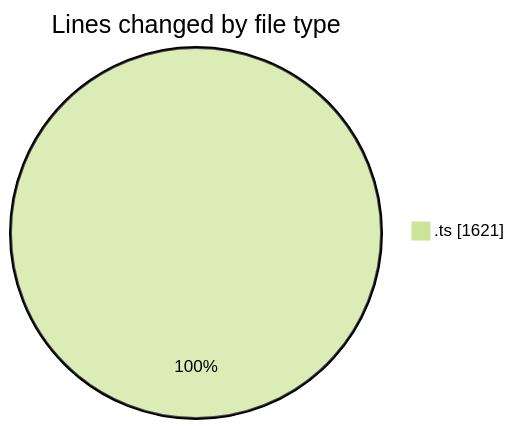
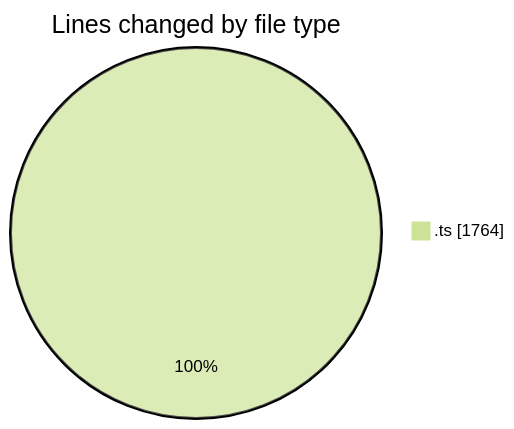
The first of 2 diagrams in 2025-08-07/cda/README.md (momahboobian/code-tracking), drawn with Mermaid (forest theme) before and after one commit. The commit also changed other lines of this file and 1 other file, not shown here.

````diff
--- a/2025-08-07/cda/README.md
+++ b/2025-08-07/cda/README.md
@@ -23,5 +23,5 @@
 ```mermaid
 pie showData
 title Lines changed by file type
-".ts" : 1621
+".ts" : 1764
 ```
````
